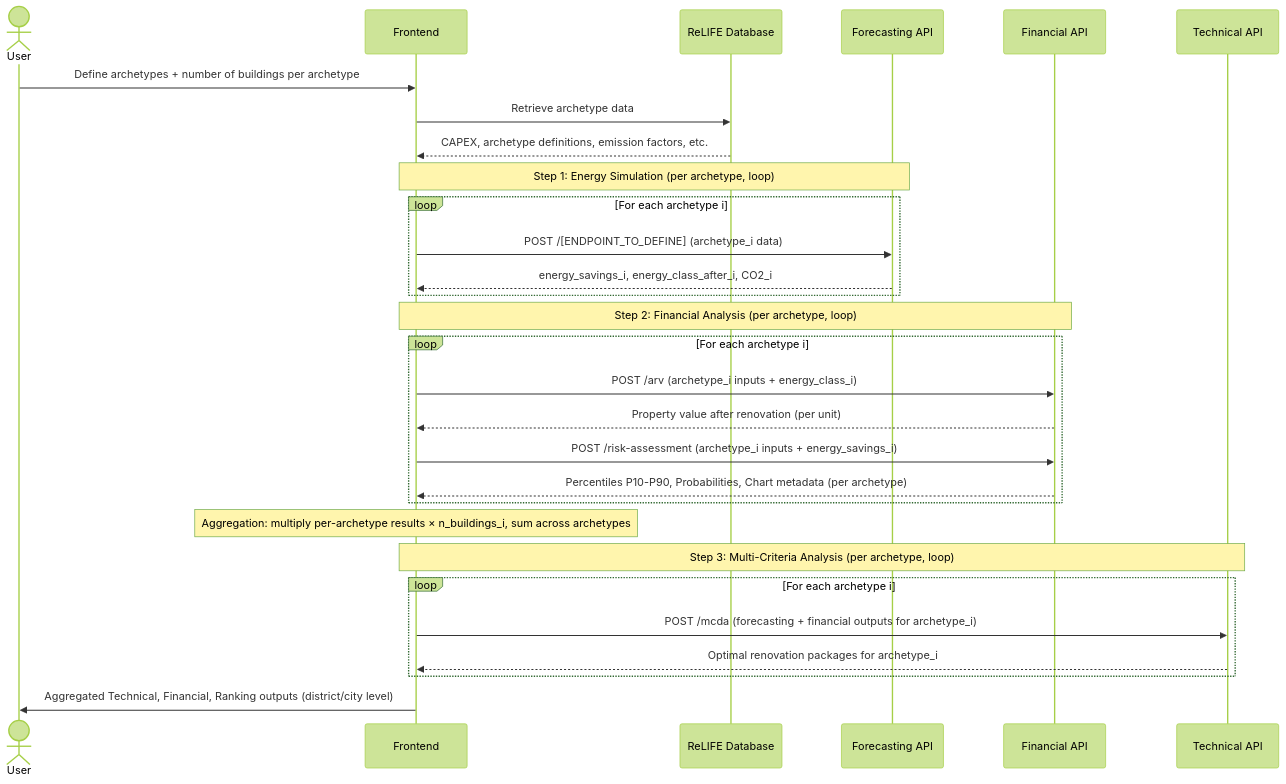
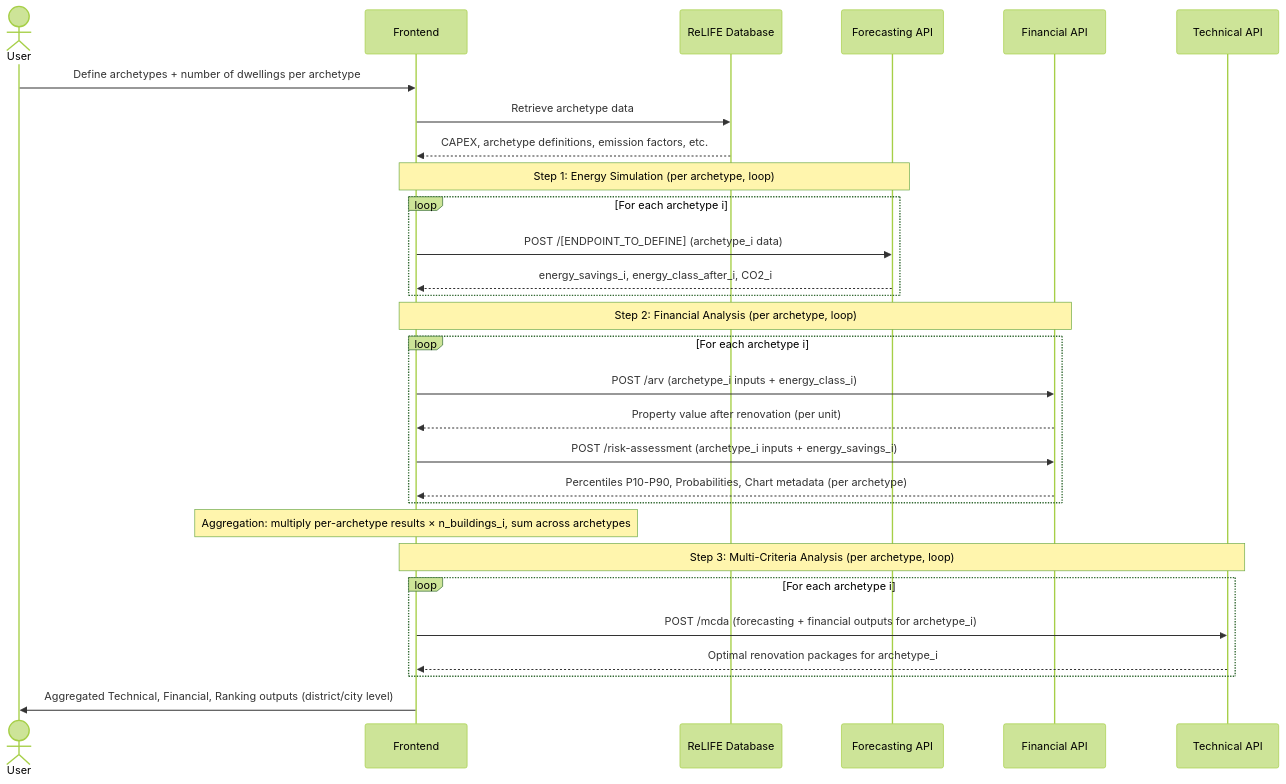
The first of 2 diagrams in docs/rse-tool-design.md (ReLIFE-Project-EU/relife-web-ui), drawn with Mermaid (forest theme) before and after one commit. The commit also changed other lines of this file and 28 other files, not shown here.

Commit message:
✨ Model RSE apartment archetypes as dwellings (closes #76)

````diff
--- a/docs/rse-tool-design.md
+++ b/docs/rse-tool-design.md
@@ -51,37 +51,37 @@
 ```mermaid
 sequenceDiagram
     actor User
     participant Frontend
     participant DB as ReLIFE Database
     participant Forecasting as Forecasting API
     participant Financial as Financial API
     participant Technical as Technical API
 
-    User->>Frontend: Define archetypes + number of buildings per archetype
+    User->>Frontend: Define archetypes + number of dwellings per archetype
     Frontend->>DB: Retrieve archetype data
     DB-->>Frontend: CAPEX, archetype definitions, emission factors, etc.
 
     Note over Frontend,Forecasting: Step 1: Energy Simulation (per archetype, loop)
     loop For each archetype i
         Frontend->>Forecasting: POST /[ENDPOINT_TO_DEFINE] (archetype_i data)
         Forecasting-->>Frontend: energy_savings_i, energy_class_after_i, CO2_i
     end
 
     Note over Frontend,Financial: Step 2: Financial Analysis (per archetype, loop)
     loop For each archetype i
         Frontend->>Financial: POST /arv (archetype_i inputs + energy_class_i)
         Financial-->>Frontend: Property value after renovation (per unit)
         Frontend->>Financial: POST /risk-assessment (archetype_i inputs + energy_savings_i)
         Financial-->>Frontend: Percentiles P10-P90, Probabilities, Chart metadata (per archetype)
     end
 
     Note over Frontend: Aggregation: multiply per-archetype results × n_buildings_i, sum across archetypes
 
     Note over Frontend,Technical: Step 3: Multi-Criteria Analysis (per archetype, loop)
     loop For each archetype i
         Frontend->>Technical: POST /mcda (forecasting + financial outputs for archetype_i)
         Technical-->>Frontend: Optimal renovation packages for archetype_i
     end
 
     Frontend->>User: Aggregated Technical, Financial, Ranking outputs (district/city level)
 ```
````
